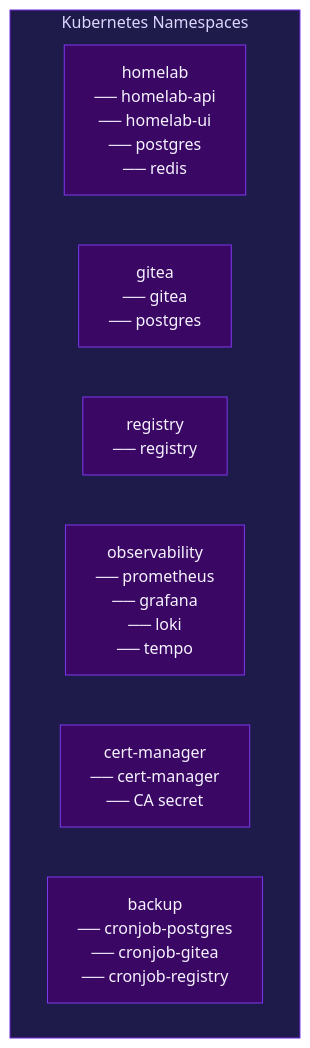
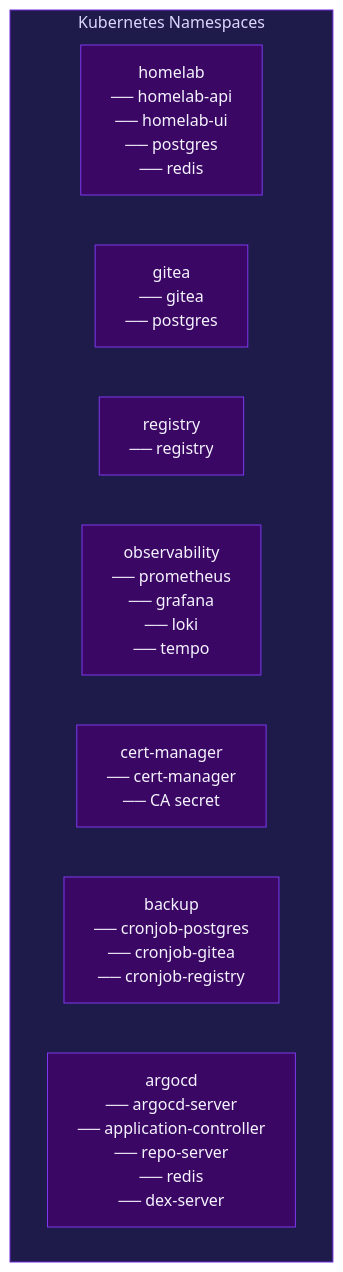
Diagram 26 of 26 in ARCHITECTURE.md (hunterst23/CLUSTER-ARCHITECTURE), drawn with Mermaid before and after one commit. The commit also changed other lines of this file and 1 other file, not shown here.

````diff
--- a/ARCHITECTURE.md
+++ b/ARCHITECTURE.md
@@ -915,13 +963,14 @@
 ```mermaid
 %%{init: {'theme': 'base', 'themeVariables': {'primaryColor': '#3b0764', 'primaryTextColor': '#f5f3ff', 'primaryBorderColor': '#7c3aed', 'lineColor': '#a78bfa', 'secondaryColor': '#1f2937', 'tertiaryColor': '#111827', 'clusterBkg': '#1e1b4b', 'clusterBorder': '#6d28d9', 'nodeBorder': '#7c3aed', 'titleColor': '#ddd6fe', 'edgeLabelBackground': '#1e1b4b', 'actorBkg': '#3b0764', 'actorBorder': '#7c3aed', 'actorTextColor': '#f5f3ff', 'actorLineColor': '#6d28d9', 'signalColor': '#a78bfa', 'signalTextColor': '#f5f3ff', 'noteBkgColor': '#2e1065', 'noteTextColor': '#ddd6fe', 'labelBoxBkgColor': '#3b0764', 'labelBoxBorderColor': '#7c3aed', 'labelTextColor': '#f5f3ff', 'loopTextColor': '#ddd6fe', 'activationBorderColor': '#7c3aed', 'activationBkgColor': '#2e1065', 'sequenceNumberColor': '#f5f3ff'}}}%%
 graph TB
     subgraph Namespaces["Kubernetes Namespaces"]
         direction LR
         HM["homelab\n── homelab-api\n── homelab-ui\n── postgres\n── redis"]
         GT["gitea\n── gitea\n── postgres"]
         RG["registry\n── registry"]
         OB["observability\n── prometheus\n── grafana\n── loki\n── tempo"]
         CM["cert-manager\n── cert-manager\n── CA secret"]
         BK["backup\n── cronjob-postgres\n── cronjob-gitea\n── cronjob-registry"]
+        AR["argocd\n── argocd-server\n── application-controller\n── repo-server\n── redis\n── dex-server"]
     end
 ```
````
